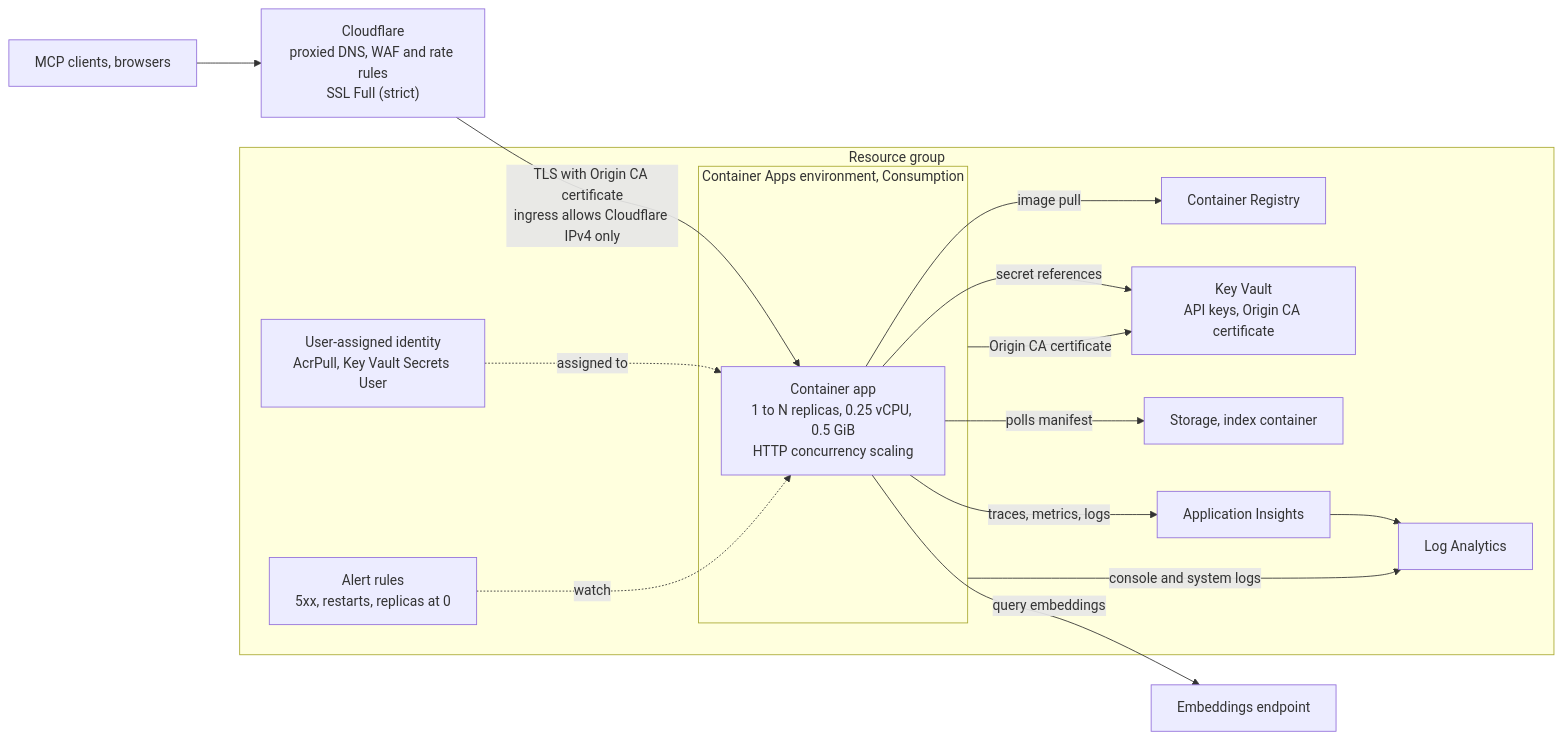
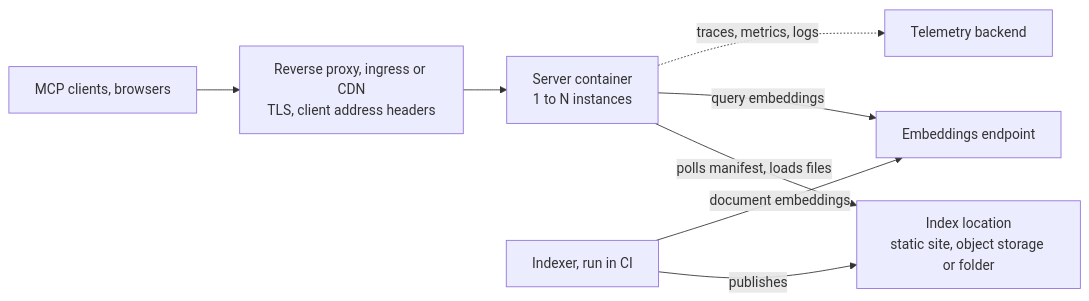
Diagram 12 of 12 in docs/architecture.md (pournasserian/mcp-my-site), drawn with Mermaid before and after one commit. The commit also changed other lines of this file and 7 other files, not shown here.

````diff
--- a/docs/architecture.md
+++ b/docs/architecture.md
@@ -468,28 +469,10 @@
 ```mermaid
 flowchart LR
-    V["MCP clients, browsers"] --> CF["Cloudflare<br/>proxied DNS, WAF and rate rules<br/>SSL Full (strict)"]
-    CF -- "TLS with Origin CA certificate<br/>ingress allows Cloudflare IPv4 only" --> CA
-
-    subgraph Azure["Resource group"]
-        subgraph CAE["Container Apps environment, Consumption"]
-            CA["Container app<br/>1 to N replicas, 0.25 vCPU, 0.5 GiB<br/>HTTP concurrency scaling"]
-        end
-        ID["User-assigned identity<br/>AcrPull, Key Vault Secrets User"]
-        ACR["Container Registry"]
-        KV["Key Vault<br/>API keys, Origin CA certificate"]
-        ST["Storage, index container"]
-        AI["Application Insights"]
-        LA["Log Analytics"]
-        AL["Alert rules<br/>5xx, restarts, replicas at 0"]
-    end
-
-    ID -. "assigned to" .-> CA
-    CA -- "image pull" --> ACR
-    CA -- "secret references" --> KV
-    CAE -- "Origin CA certificate" --> KV
-    CA -- "polls manifest" --> ST
-    CA -- "query embeddings" --> Embed["Embeddings endpoint"]
-    CA -- "traces, metrics, logs" --> AI --> LA
-    CAE -- "console and system logs" --> LA
-    AL -. "watch" .-> CA
+    V["MCP clients, browsers"] --> P["Reverse proxy, ingress or CDN<br/>TLS, client address headers"]
+    P --> S["Server container<br/>1 to N instances"]
+    S -- "polls manifest, loads files" --> I["Index location<br/>static site, object storage or folder"]
+    S -- "query embeddings" --> E["Embeddings endpoint"]
+    S -. "traces, metrics, logs" .-> T["Telemetry backend"]
+    B["Indexer, run in CI"] -- "publishes" --> I
+    B -- "document embeddings" --> E
 ```
````
